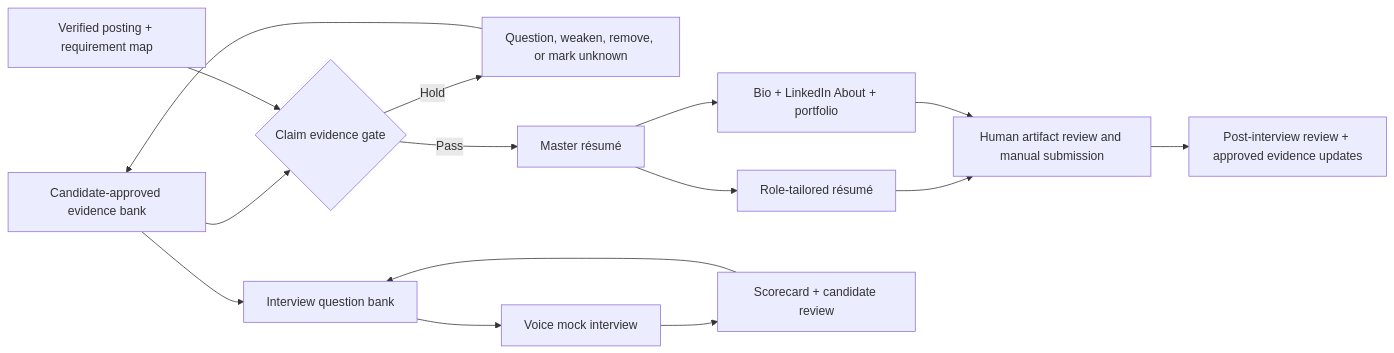
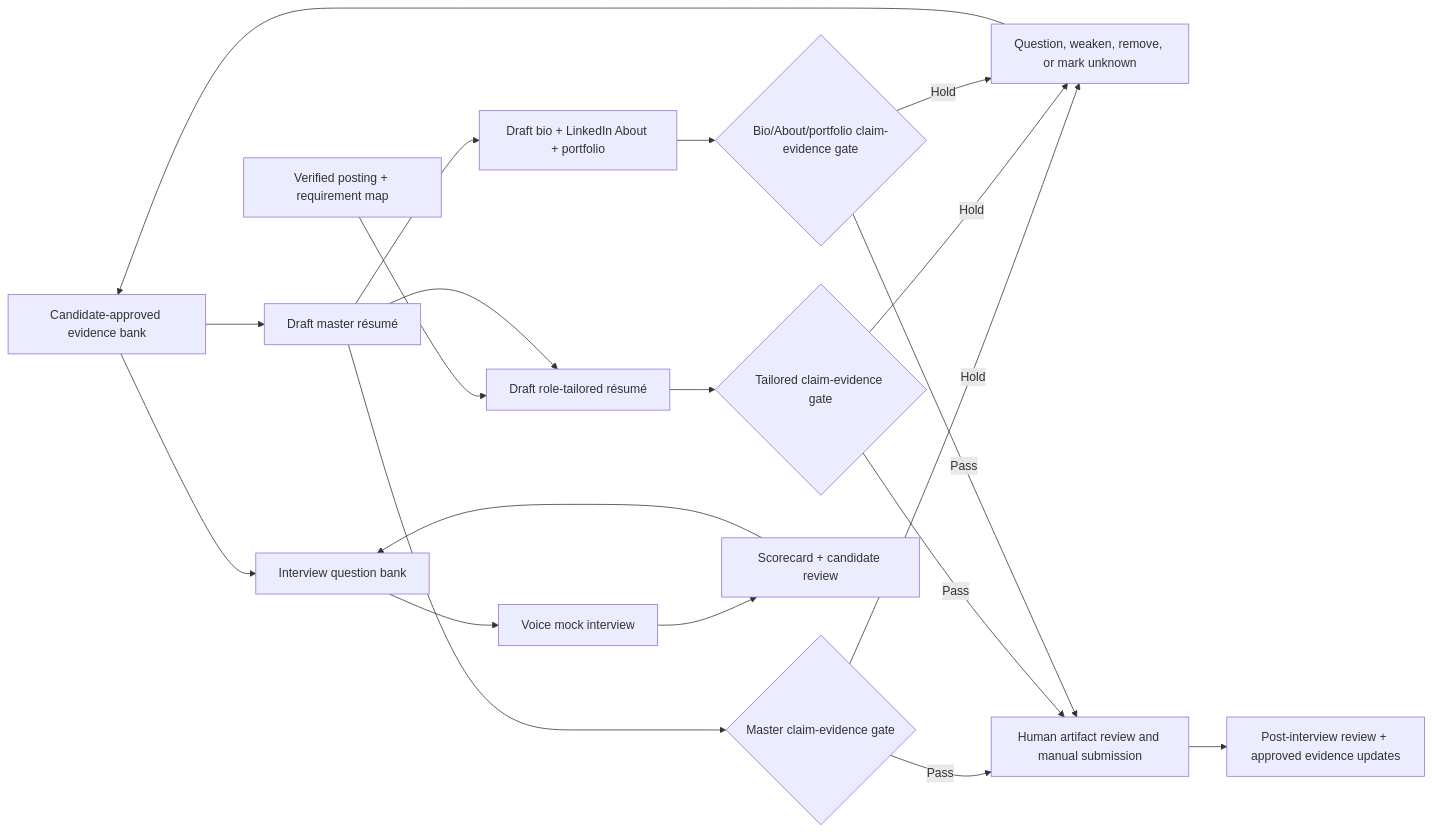
The diagram in docs/part-4/17-resume-interview-brand.md (monath1/hermes-masterclass), drawn with Mermaid before and after one commit. The commit also changed 6 other files, not shown here.

````diff
--- a/docs/part-4/17-resume-interview-brand.md
+++ b/docs/part-4/17-resume-interview-brand.md
@@ -47,17 +47,22 @@
 ```mermaid
 flowchart LR
-    B["Candidate-approved evidence bank"] --> G{"Claim evidence gate"}
-    P["Verified posting + requirement map"] --> G
-    G -->|Hold| Q["Question, weaken, remove, or mark unknown"]
+    B["Candidate-approved evidence bank"] --> M["Draft master résumé"]
+    P["Verified posting + requirement map"] --> T["Draft role-tailored résumé"]
+    M --> T
+    M --> X["Draft bio + LinkedIn About + portfolio"]
+    M --> GM{"Master claim-evidence gate"}
+    T --> GT{"Tailored claim-evidence gate"}
+    X --> GX{"Bio/About/portfolio claim-evidence gate"}
+    GM -->|Hold| Q["Question, weaken, remove, or mark unknown"]
+    GT -->|Hold| Q
+    GX -->|Hold| Q
     Q --> B
-    G -->|Pass| M["Master résumé"]
-    M --> T["Role-tailored résumé"]
-    M --> X["Bio + LinkedIn About + portfolio"]
+    GM -->|Pass| H["Human artifact review and manual submission"]
+    GT -->|Pass| H
+    GX -->|Pass| H
     B --> I["Interview question bank"]
     I --> V["Voice mock interview"]
     V --> S["Scorecard + candidate review"]
     S --> I
-    T --> H["Human artifact review and manual submission"]
-    X --> H
     H --> R["Post-interview review + approved evidence updates"]
 ```
````
